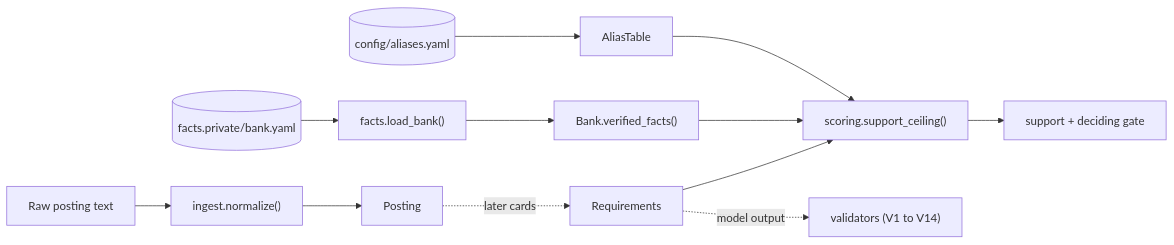
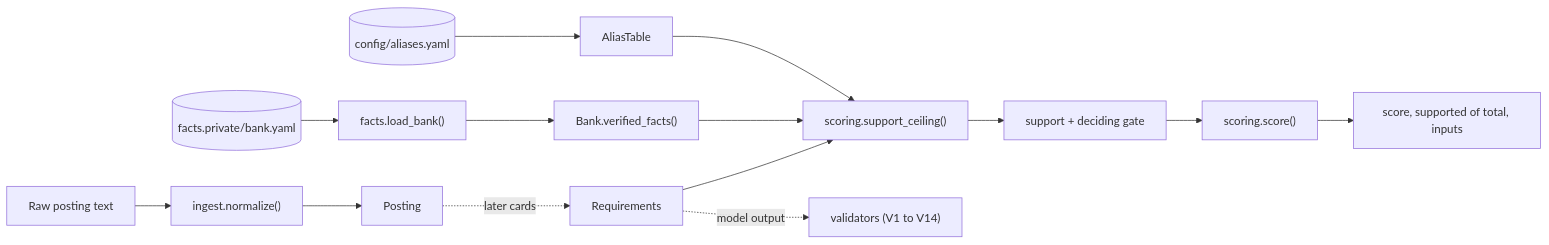
One commit to jpalicke/cypress-creek-job-board changed the diagram in docs/codebase.md. Above: the diagram before and after it, drawn with Mermaid. The commit also changed other lines of this file and 8 other files, not shown here.

````diff
--- a/docs/codebase.md
+++ b/docs/codebase.md
@@ -56,14 +57,16 @@
 ```mermaid
 flowchart LR
     raw[Raw posting text] --> norm["ingest.normalize()"]
     norm --> posting[Posting]
     posting -. later cards .-> reqs[Requirements]
     bank[(facts.private/bank.yaml)] --> load["facts.load_bank()"]
     load --> verified["Bank.verified_facts()"]
     aliases[(config/aliases.yaml)] --> table[AliasTable]
     reqs --> gate["scoring.support_ceiling()"]
     verified --> gate
     table --> gate
     gate --> ceiling["support + deciding gate"]
+    ceiling --> score["scoring.score()"]
+    score --> result["score, supported of total, inputs"]
     reqs -. model output .-> val["validators (V1 to V14)"]
 ```
````
